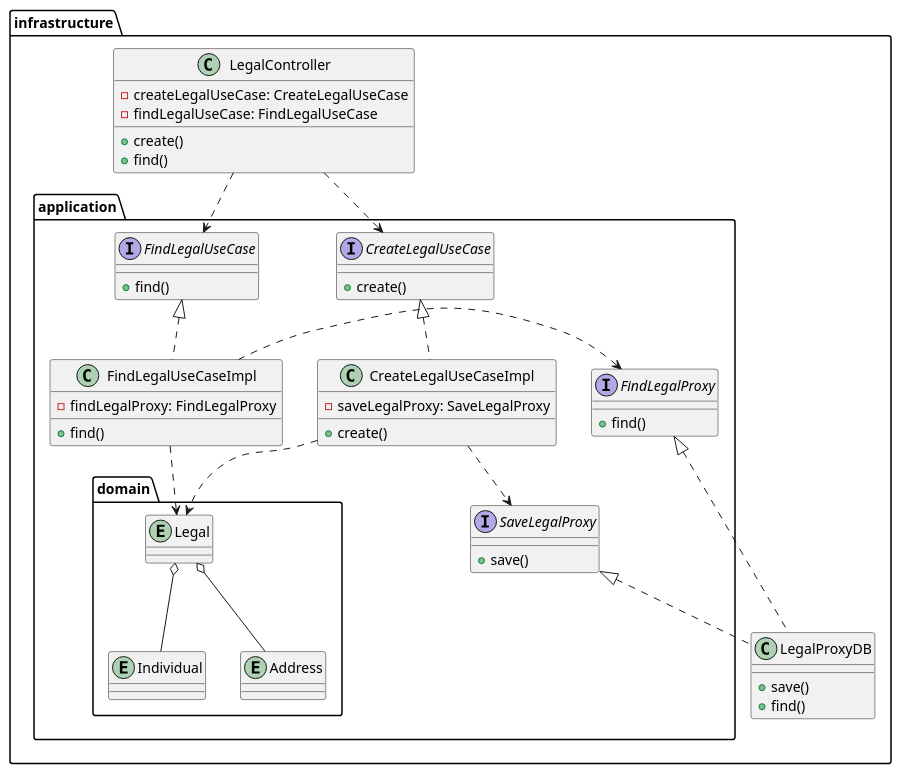
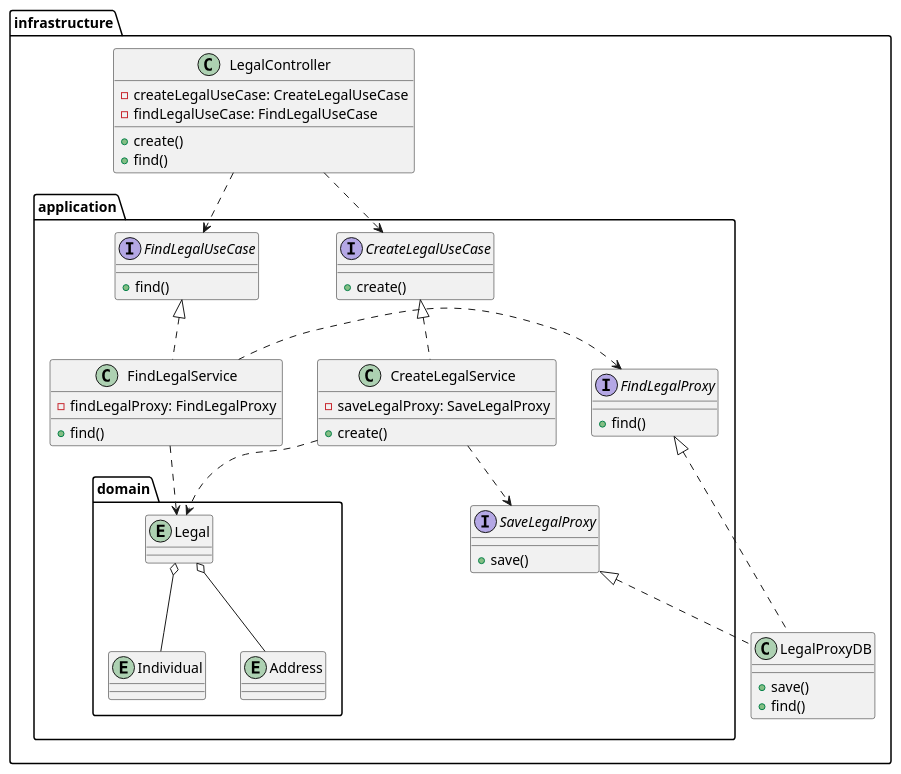
Before and after one commit to gilvano/poc-hexagonal: the diagram in uml/hexagonal.puml, drawn with PlantUML.

Commit message:
feat: Adicionar diagram de classe

```diff
--- a/uml/hexagonal.puml
+++ b/uml/hexagonal.puml
@@ -1,64 +1,63 @@
 @startuml Hexagonal Architecture
 package infrastructure {
     class LegalController {
         -createLegalUseCase: CreateLegalUseCase
         -findLegalUseCase: FindLegalUseCase
         +create()
         +find()
     }
 
     class LegalProxyDB {
         +save()
         +find()
     }
 
     package application {
         interface CreateLegalUseCase {
             +create()
         }
 
         interface FindLegalUseCase {
             +find()
         }
 
         interface SaveLegalProxy {
             +save()
         }
 
         interface FindLegalProxy {
             +find()
         }
 
-
-        class CreateLegalUseCaseImpl {            
+        class CreateLegalService {
             -saveLegalProxy: SaveLegalProxy
             +create()
         }
 
-        class FindLegalUseCaseImpl {
+        class FindLegalService {
             -findLegalProxy: FindLegalProxy
             +find()
         }
 
         package domain {
             entity Legal { }
             entity Address { }
             entity Individual {}
         }
     }
 
     LegalController .down.> CreateLegalUseCase
     LegalController .down.> FindLegalUseCase
-    CreateLegalUseCaseImpl .up.|> CreateLegalUseCase
-    FindLegalUseCaseImpl .up.|> FindLegalUseCase
-    CreateLegalUseCaseImpl .down.> Legal
-    FindLegalUseCaseImpl .down.> Legal
+    CreateLegalService .up.|> CreateLegalUseCase
+    FindLegalService .up.|> FindLegalUseCase
+    CreateLegalService .down.> Legal
+    FindLegalService .down.> Legal
     LegalProxyDB .up.|> SaveLegalProxy
     LegalProxyDB .up.|> FindLegalProxy
-    CreateLegalUseCaseImpl .down.> SaveLegalProxy
-    FindLegalUseCaseImpl .left.> FindLegalProxy
+    CreateLegalService .down.> SaveLegalProxy
+    FindLegalService .left.> FindLegalProxy
     Legal o-down- Address
     Legal o-down- Individual
 
 }
 @enduml
```
